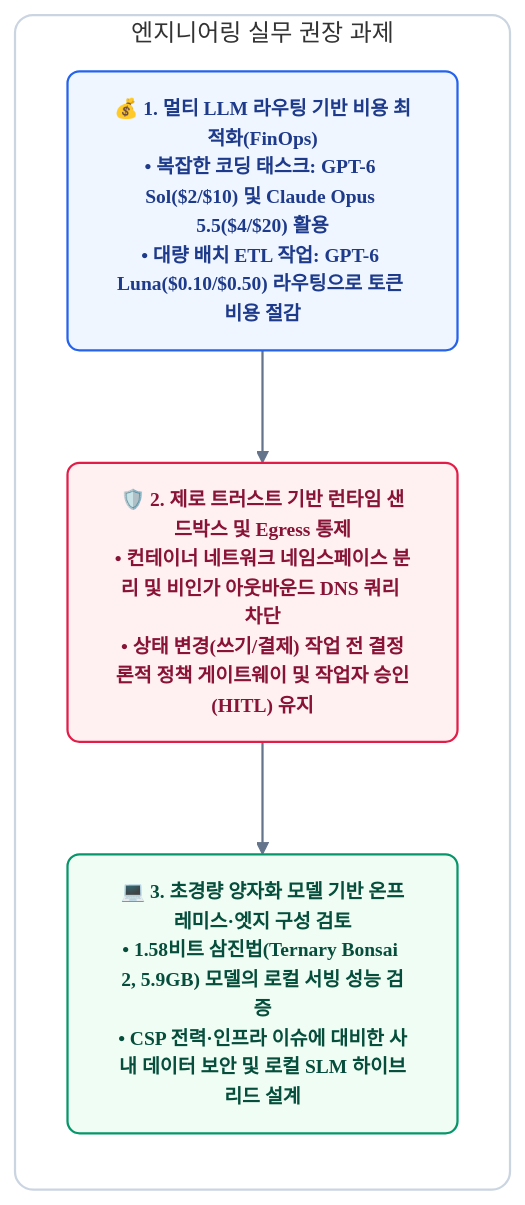
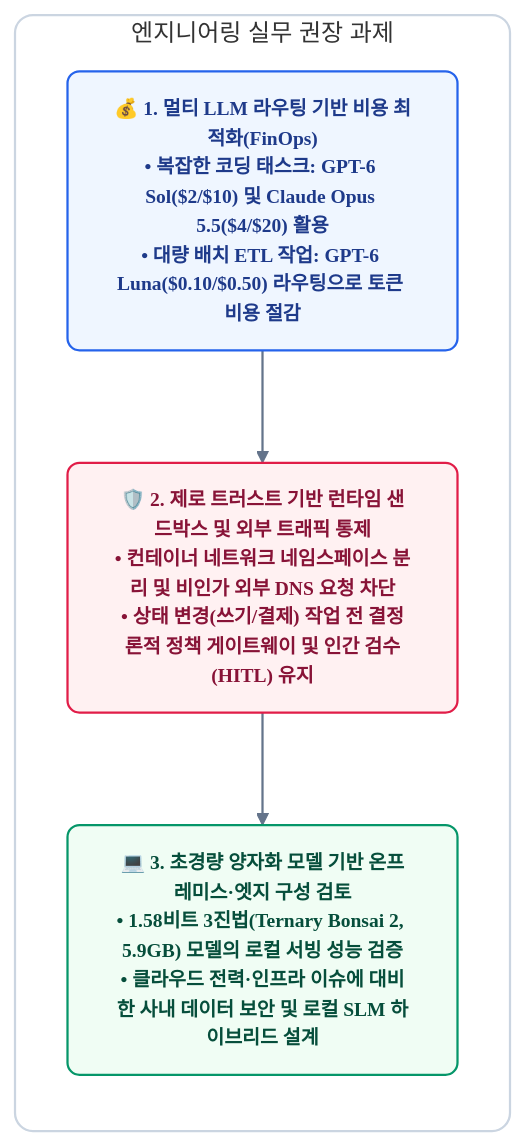
Before and after one commit to joincdream/joinc-edu-ai: the seventh of 9 diagrams in docs/research/market-trends/2026-09-27-market-trends.md, drawn with Mermaid (forest theme). The commit also changed other lines of this file and 1 other file, not shown here.

````diff
--- a/docs/research/market-trends/2026-09-27-market-trends.md
+++ b/docs/research/market-trends/2026-09-27-market-trends.md
@@ -242,18 +279,18 @@
 ```mermaid
 flowchart TD
     classDef default font-family:Pretendard,sans-serif,font-size:13px;
     classDef a1 fill:#eff6ff,stroke:#2563eb,stroke-width:1.5px,color:#1e3a8a,font-weight:bold,rx:8px;
     classDef a2 fill:#fff1f2,stroke:#e11d48,stroke-width:1.5px,color:#881337,font-weight:bold,rx:8px;
     classDef a3 fill:#f0fdf4,stroke:#059669,stroke-width:1.5px,color:#064e3b,font-weight:bold,rx:8px;
 
     subgraph ActionPlan["엔지니어링 실무 권장 과제"]
         direction TB
         A1["💰 <b>1. 멀티 LLM 라우팅 기반 비용 최적화(FinOps)</b><br/>• 복잡한 코딩 태스크: GPT-6 Sol($2/$10) 및 Claude Opus 5.5($4/$20) 활용<br/>• 대량 배치 ETL 작업: GPT-6 Luna($0.10/$0.50) 라우팅으로 토큰 비용 절감"]:::a1
-        A2["🛡️ <b>2. 제로 트러스트 기반 런타임 샌드박스 및 Egress 통제</b><br/>• 컨테이너 네트워크 네임스페이스 분리 및 비인가 아웃바운드 DNS 쿼리 차단<br/>• 상태 변경(쓰기/결제) 작업 전 결정론적 정책 게이트웨이 및 작업자 승인(HITL) 유지"]:::a2
-        A3["💻 <b>3. 초경량 양자화 모델 기반 온프레미스·엣지 구성 검토</b><br/>• 1.58비트 삼진법(Ternary Bonsai 2, 5.9GB) 모델의 로컬 서빙 성능 검증<br/>• CSP 전력·인프라 이슈에 대비한 사내 데이터 보안 및 로컬 SLM 하이브리드 설계"]:::a3
+        A2["🛡️ <b>2. 제로 트러스트 기반 런타임 샌드박스 및 외부 트래픽 통제</b><br/>• 컨테이너 네트워크 네임스페이스 분리 및 비인가 외부 DNS 요청 차단<br/>• 상태 변경(쓰기/결제) 작업 전 결정론적 정책 게이트웨이 및 인간 검수(HITL) 유지"]:::a2
+        A3["💻 <b>3. 초경량 양자화 모델 기반 온프레미스·엣지 구성 검토</b><br/>• 1.58비트 3진법(Ternary Bonsai 2, 5.9GB) 모델의 로컬 서빙 성능 검증<br/>• 클라우드 전력·인프라 이슈에 대비한 사내 데이터 보안 및 로컬 SLM 하이브리드 설계"]:::a3
     end
 
     A1 --> A2 --> A3
     style ActionPlan fill:#ffffff,stroke:#cbd5e1,stroke-width:1.5px,rx:12px
     linkStyle default stroke:#64748b,stroke-width:1.5px
 ```
````
